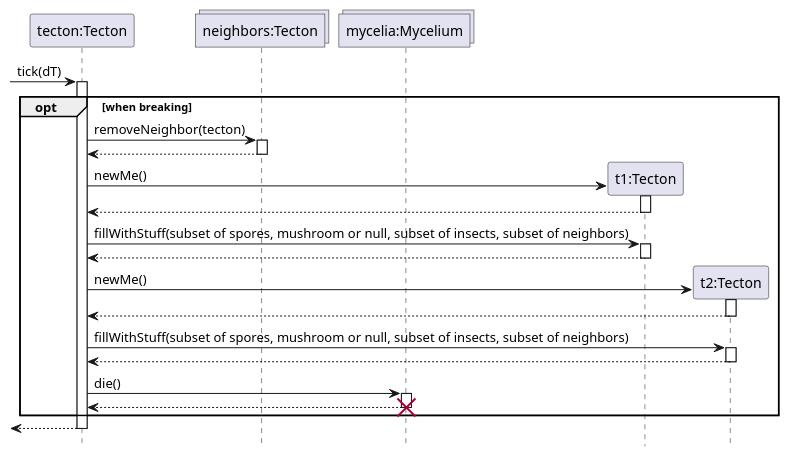
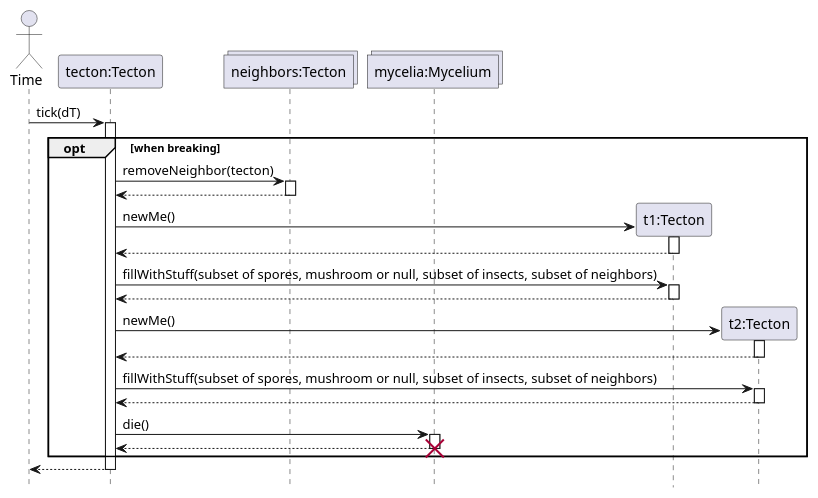
One commit to ZD4ve/projlab-error521 changed the diagram in Tecton/tecton-break-seq.pu. Above: the diagram before and after it, drawn with PlantUML. The commit also changed 10 other files, not shown here.

```diff
--- a/Tecton/tecton-break-seq.pu
+++ b/Tecton/tecton-break-seq.pu
@@ -1,44 +1,45 @@
 @startuml Tecton/tecton-break-seq
 hide footbox
 
+actor Time 
 participant "tecton:Tecton" as Dying
 collections "neighbors:Tecton" as allNeighbors
 collections "mycelia:Mycelium" as target
 
--> Dying : tick(dT)
+Time -> Dying : tick(dT)
 activate Dying
 opt when breaking
 
 Dying -> allNeighbors : removeNeighbor(tecton)
 activate allNeighbors
 return
 
 create "t1:Tecton" as New1
 Dying -> New1 : newMe()
 activate New1
 return
 Dying -> New1 : fillWithStuff(subset of spores, mushroom or null, subset of insects, subset of neighbors)
 activate New1
 
 return
 
 create "t2:Tecton" as New2
 Dying -> New2 : newMe()
 activate New2
 return
 
 Dying -> New2 : fillWithStuff(subset of spores, mushroom or null, subset of insects, subset of neighbors)
 activate New2
 
 return
 
 Dying -> target : die()
 activate target
 
 return
 destroy target
 
 end
 return
 
 @enduml
```
